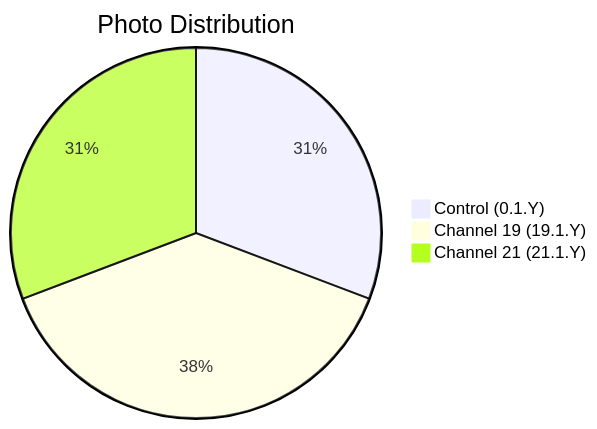
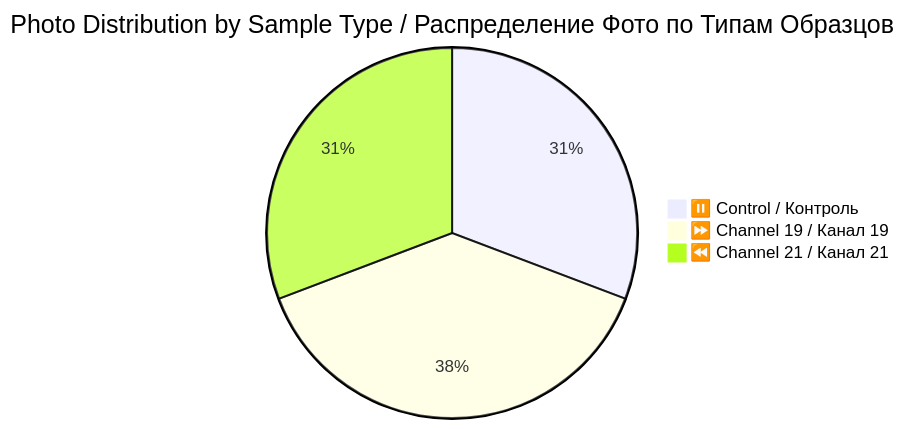
One commit to AdvancedScientificResearchProjects/Hyperbolic_Field_BloodPlasma_Study changed the first of 3 diagrams in original_research/data/patient-01/photos/README.md. Above: the diagram before and after it, drawn with Mermaid. The commit also changed other lines of this file and 6 other files, not shown here.

````diff
--- a/original_research/data/patient-01/photos/README.md
+++ b/original_research/data/patient-01/photos/README.md
@@ -15,6 +15,6 @@
 ```mermaid
-pie title Photo Distribution
-    "Control (0.1.Y)" : 4
-    "Channel 19 (19.1.Y)" : 5
-    "Channel 21 (21.1.Y)" : 4
+pie title Photo Distribution by Sample Type / Распределение Фото по Типам Образцов
+    "⏸️ Control / Контроль" : 4
+    "⏩ Channel 19 / Канал 19" : 5
+    "⏪ Channel 21 / Канал 21" : 4
 ```
````
